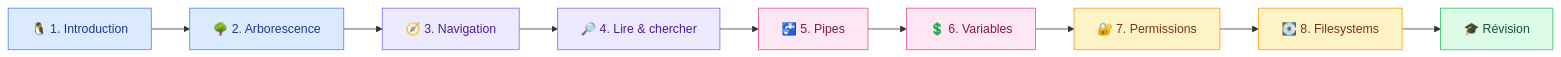
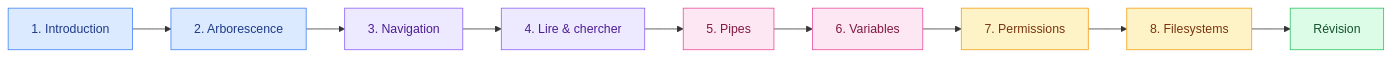
One commit to GoobyWoobies/HEIA-IT changed the diagram in methodologie-securite-it/linux/README.md. Above: the diagram before and after it, drawn with Mermaid. The commit also changed other lines of this file and 24 other files, not shown here.

````diff
--- a/methodologie-securite-it/linux/README.md
+++ b/methodologie-securite-it/linux/README.md
@@ -58,21 +58,21 @@
 ```mermaid
 flowchart LR
-    A["🐧 1. Introduction"] --> B["🌳 2. Arborescence"]
-    B --> C["🧭 3. Navigation"]
-    C --> D["🔎 4. Lire & chercher"]
-    D --> E["🚰 5. Pipes"]
-    E --> F["💲 6. Variables"]
-    F --> G["🔐 7. Permissions"]
-    G --> H["💽 8. Filesystems"]
-    H --> I["🎓 Révision"]
+    A["1. Introduction"] --> B["2. Arborescence"]
+    B --> C["3. Navigation"]
+    C --> D["4. Lire & chercher"]
+    D --> E["5. Pipes"]
+    E --> F["6. Variables"]
+    F --> G["7. Permissions"]
+    G --> H["8. Filesystems"]
+    H --> I["Révision"]
 
     style A fill:#dbeafe,stroke:#3b82f6,color:#1e3a8a
     style B fill:#dbeafe,stroke:#3b82f6,color:#1e3a8a
     style C fill:#ede9fe,stroke:#8b5cf6,color:#4c1d95
     style D fill:#ede9fe,stroke:#8b5cf6,color:#4c1d95
     style E fill:#fce7f3,stroke:#ec4899,color:#831843
     style F fill:#fce7f3,stroke:#ec4899,color:#831843
     style G fill:#fef3c7,stroke:#f59e0b,color:#78350f
     style H fill:#fef3c7,stroke:#f59e0b,color:#78350f
     style I fill:#dcfce7,stroke:#22c55e,color:#14532d
 ```
````
